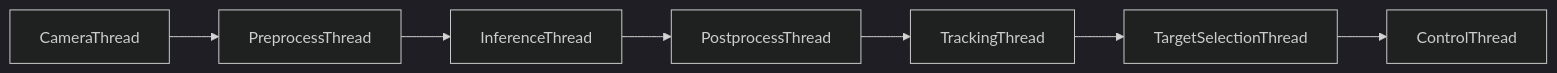
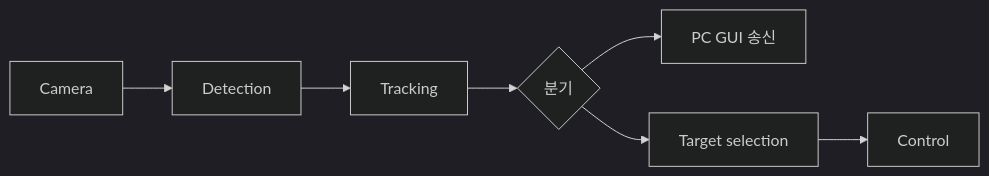
Before and after one commit to lwir-deepx-tracking-system/runtime: the diagram in README.md, drawn with Mermaid (dark theme). The commit also changed other lines of this file and 66 other files, not shown here.

````diff
--- a/README.md
+++ b/README.md
@@ -7,4 +87,6 @@
 ```mermaid
 flowchart LR
-    CameraThread --> PreprocessThread --> InferenceThread --> PostprocessThread --> TrackingThread --> TargetSelectionThread --> ControlThread
+    Camera --> Detection --> Tracking --> Fork{분기}
+    Fork --> GUI[PC GUI 송신]
+    Fork --> TargetSelection[Target selection] --> Control
 ```
````
